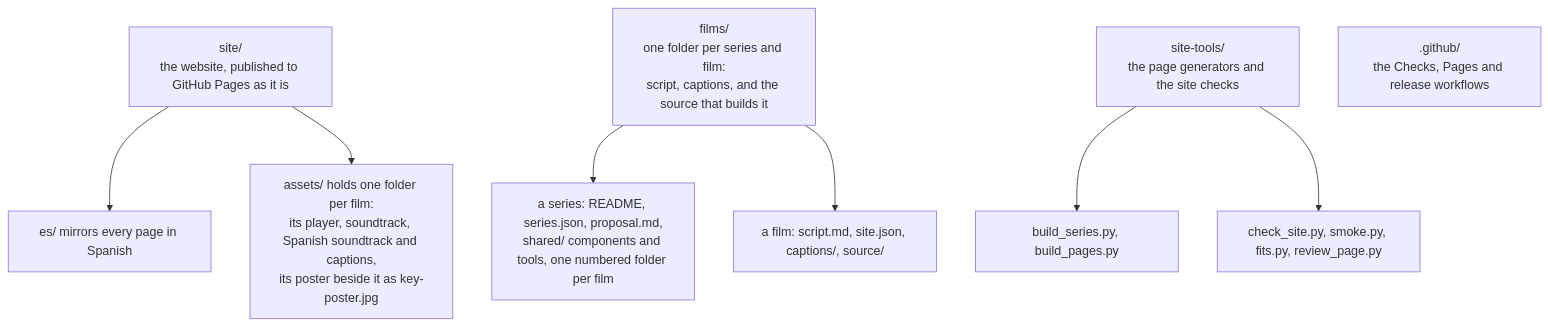
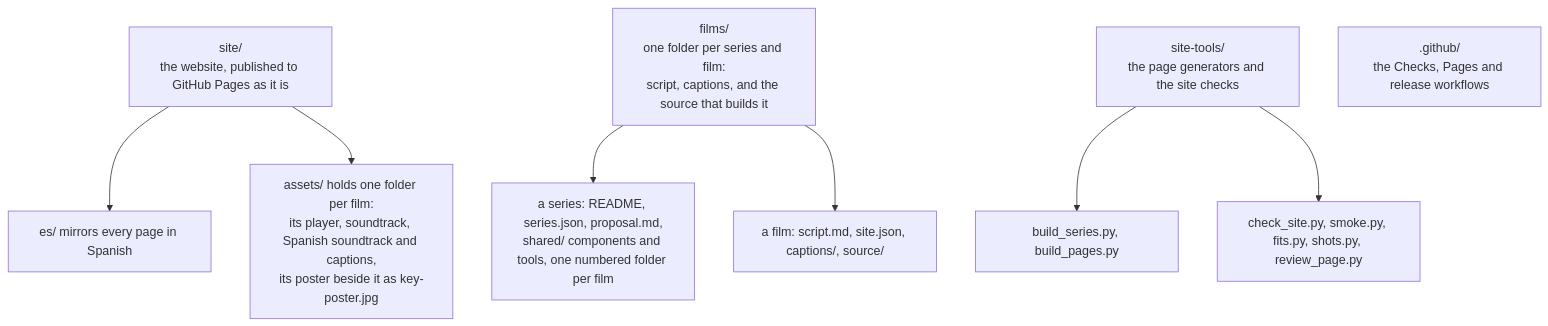
One commit to roanboc/learning-data changed the diagram in README.md. Above: the diagram before and after it, drawn with Mermaid. The commit also changed 10 other files, not shown here.

First line of the commit message:
Shots: a check that every shot is seen, in every film that picks its shots from a list

````diff
--- a/README.md
+++ b/README.md
@@ -34,13 +34,13 @@
 ```mermaid
 flowchart TB
     site["site/<br/>the website, published to GitHub Pages as it is"]
     films["films/<br/>one folder per series and film:<br/>script, captions, and the source that builds it"]
     tools["site-tools/<br/>the page generators and the site checks"]
     workflows[".github/<br/>the Checks, Pages and release workflows"]
     site --> es["es/ mirrors every page in Spanish"]
     site --> assets["assets/ holds one folder per film:<br/>its player, soundtrack, Spanish soundtrack and captions,<br/>its poster beside it as key-poster.jpg"]
     films --> series["a series: README, series.json, proposal.md,<br/>shared/ components and tools, one numbered folder per film"]
     films --> film["a film: script.md, site.json, captions/, source/"]
     tools --> generators["build_series.py, build_pages.py"]
-    tools --> checks["check_site.py, smoke.py, fits.py, review_page.py"]
+    tools --> checks["check_site.py, smoke.py, fits.py, shots.py, review_page.py"]
 ```
````
